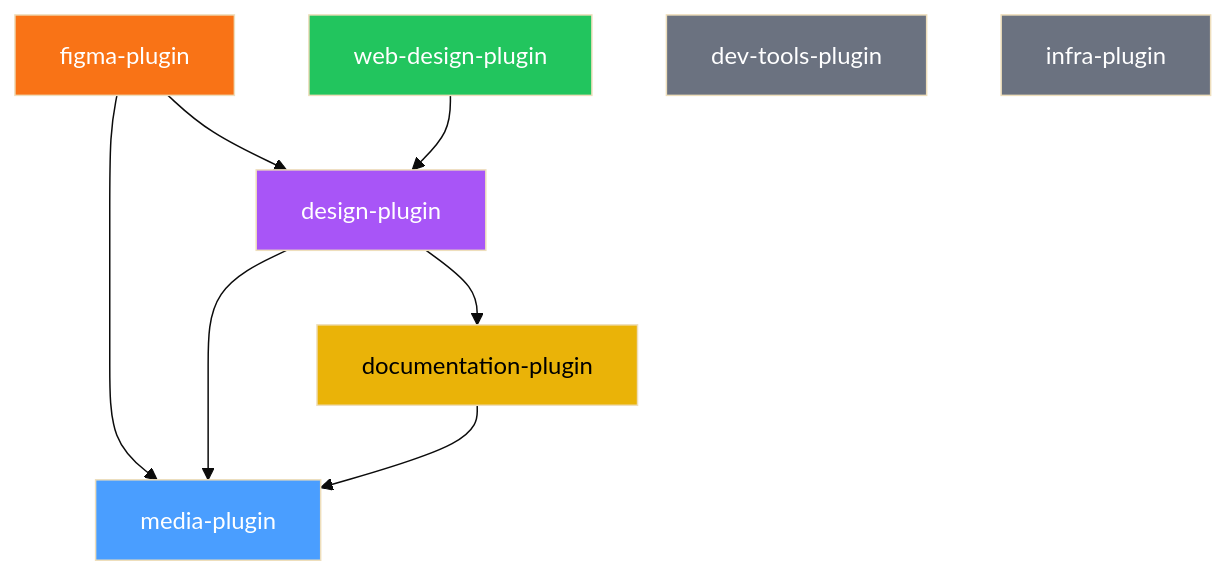
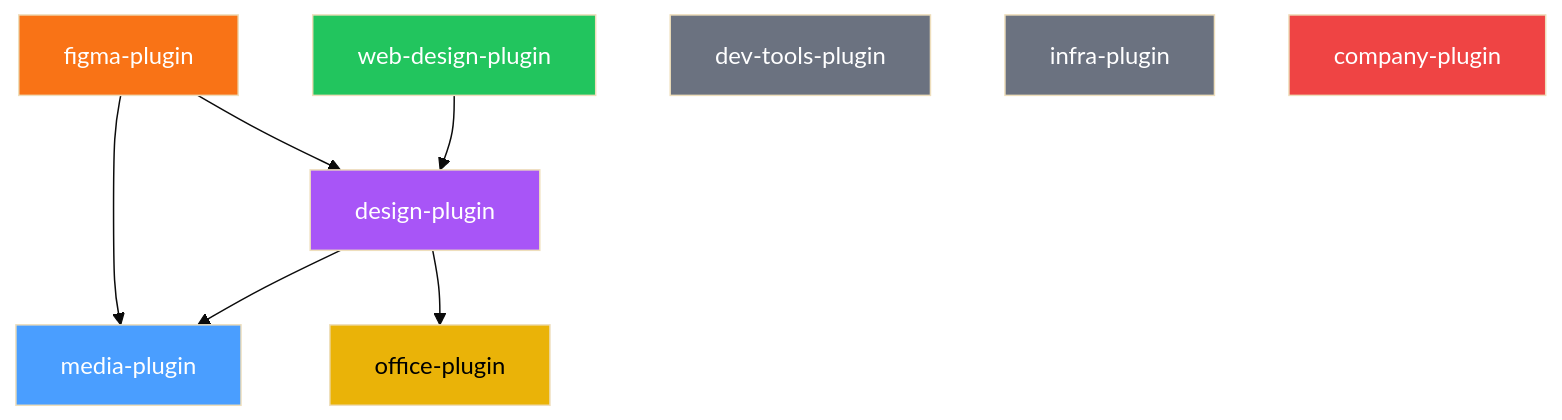
Before and after one commit to lukaskellerstein/claude-my-marketplace: the diagram in README.md, drawn with Mermaid (base theme). The commit also changed other lines of this file and 137 other files, not shown here.

Commit message:
update plugins, add company-plugin

````diff
--- a/README.md
+++ b/README.md
@@ -71,19 +68,20 @@
 ```mermaid
 graph TD
     figma[figma-plugin] --> media[media-plugin]
     figma --> design[design-plugin]
     webdesign[web-design-plugin] --> design
     design --> media
-    design --> docs[documentation-plugin]
-    docs --> media
+    design --> office[office-plugin]
     dev[dev-tools-plugin]
     infra[infra-plugin]
+    company[company-plugin]
 
     style media fill:#4a9eff,color:#fff
     style design fill:#a855f7,color:#fff
     style webdesign fill:#22c55e,color:#fff
     style figma fill:#f97316,color:#fff
-    style docs fill:#eab308,color:#000
+    style office fill:#eab308,color:#000
     style dev fill:#6b7280,color:#fff
     style infra fill:#6b7280,color:#fff
+    style company fill:#ef4444,color:#fff
 ```
````
